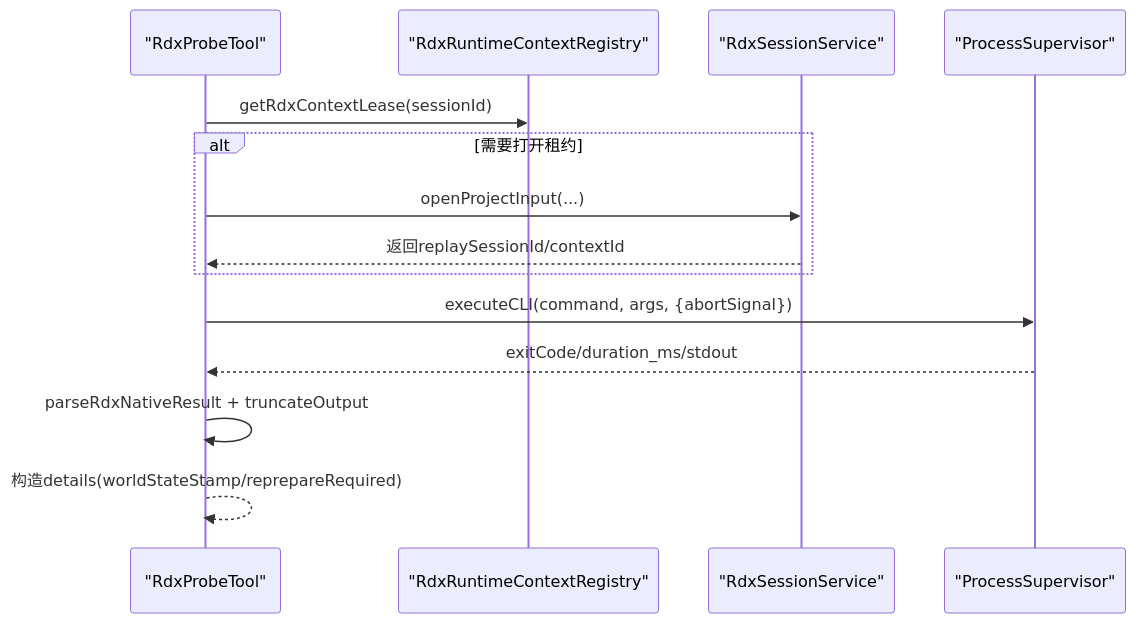
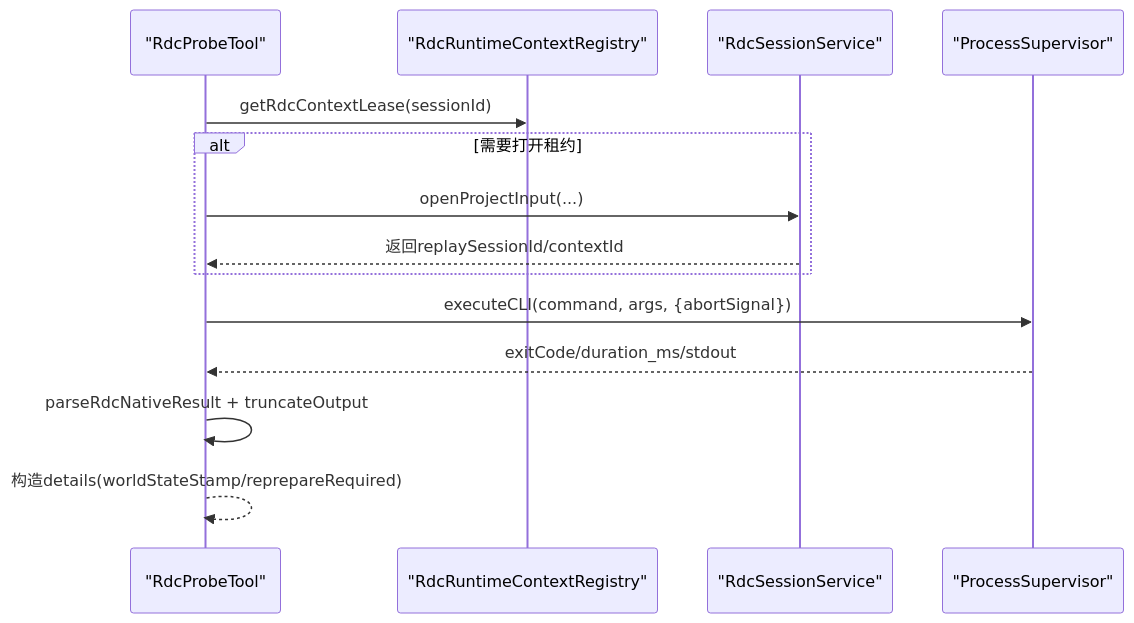
Before and after one commit to haolange/RDC-Agent: the fourth of 8 diagrams in .qoder/repowiki/zh/content/架构设计/核心组件设计/CLI调用器设计/探针生命周期管理.md, drawn with Mermaid. The commit also changed other lines of this file and 557 other files, not shown here.

First line of the commit message:
Unify RDC-Agent identity and canonical RDC-Tool integration

````diff
--- a/.qoder/repowiki/zh/content/架构设计/核心组件设计/CLI调用器设计/探针生命周期管理.md
+++ b/.qoder/repowiki/zh/content/架构设计/核心组件设计/CLI调用器设计/探针生命周期管理.md
@@ -185,16 +185,16 @@
 ```mermaid
 sequenceDiagram
-participant T as "RdxProbeTool"
-participant L as "RdxRuntimeContextRegistry"
-participant S as "RdxSessionService"
+participant T as "RdcProbeTool"
+participant L as "RdcRuntimeContextRegistry"
+participant S as "RdcSessionService"
 participant P as "ProcessSupervisor"
-T->>L : getRdxContextLease(sessionId)
+T->>L : getRdcContextLease(sessionId)
 alt 需要打开租约
 T->>S : openProjectInput(...)
 S-->>T : 返回replaySessionId/contextId
 end
 T->>P : executeCLI(command, args, {abortSignal})
 P-->>T : exitCode/duration_ms/stdout
-T->>T : parseRdxNativeResult + truncateOutput
+T->>T : parseRdcNativeResult + truncateOutput
 T-->>T : 构造details(worldStateStamp/reprepareRequired)
 ```
````
